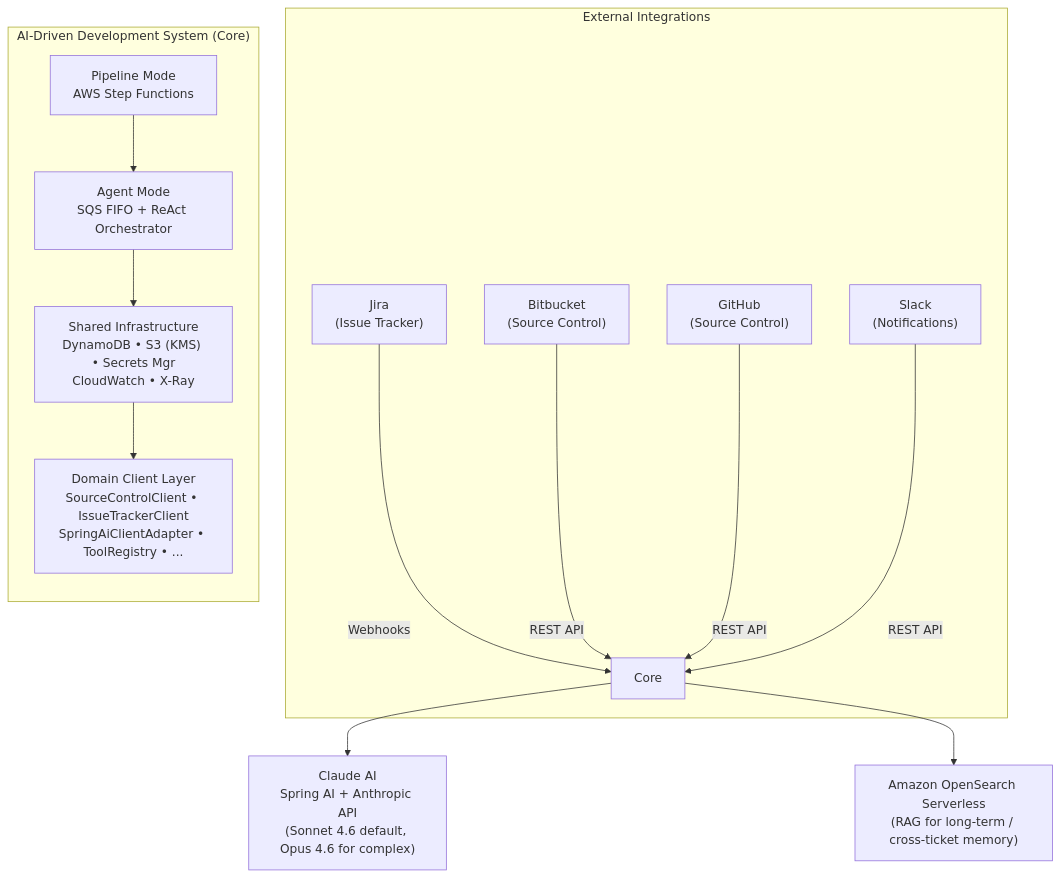
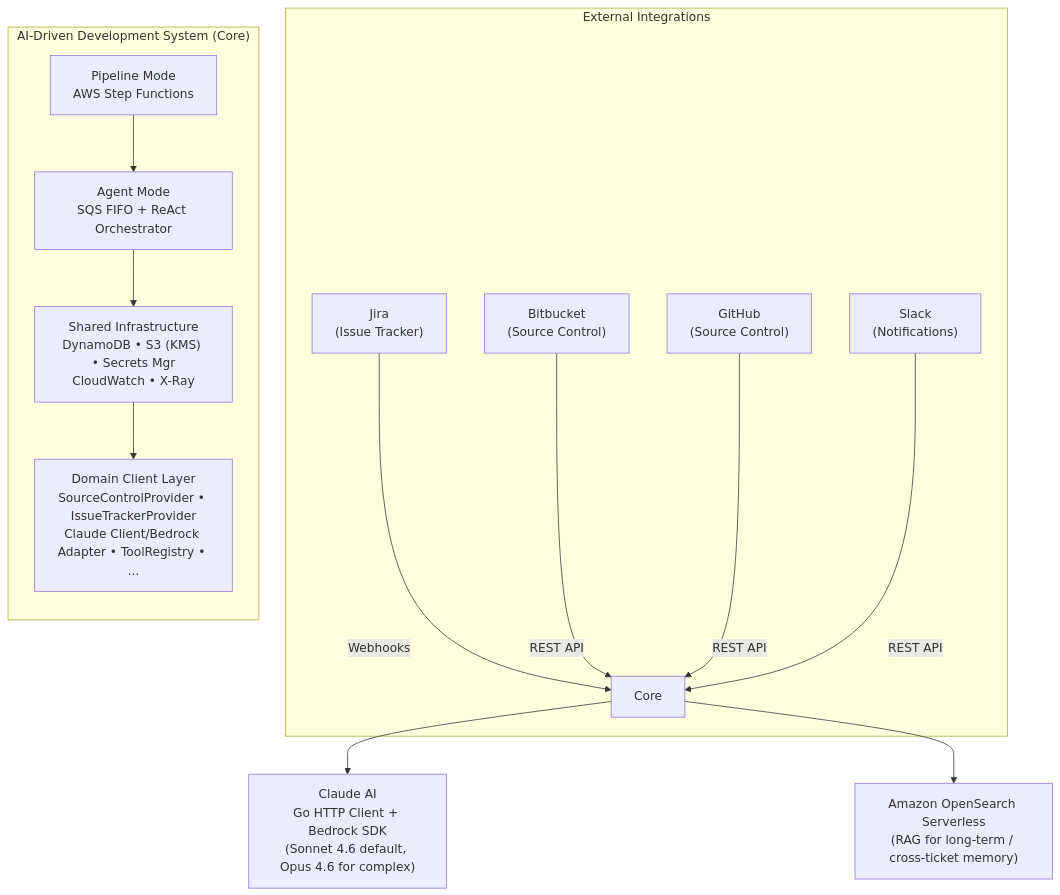
Before and after one commit to TeaSui/ai-driven: the first of 2 diagrams in docs/STRATEGY.md, drawn with Mermaid. The commit also changed other lines of this file and 444 other files, not shown here.

````diff
--- a/docs/STRATEGY.md
+++ b/docs/STRATEGY.md
@@ -13,24 +13,24 @@
 ```mermaid
 graph TD
     subgraph "External Integrations"
         A["Jira<br>(Issue Tracker)"] -->|Webhooks| Core
         B["Bitbucket<br>(Source Control)"] -->|REST API| Core
         C["GitHub<br>(Source Control)"] -->|REST API| Core
         D["Slack<br>(Notifications)"] -->|REST API| Core
     end
 
     subgraph "AI-Driven Development System (Core)"
         direction TB
         PM["Pipeline Mode<br>AWS Step Functions"]
         AM["Agent Mode<br>SQS FIFO + ReAct Orchestrator"]
         SI["Shared Infrastructure<br>DynamoDB • S3 (KMS) • Secrets Mgr<br>CloudWatch • X-Ray"]
-        DC["Domain Client Layer<br>SourceControlClient • IssueTrackerClient<br>SpringAiClientAdapter • ToolRegistry • ..."]
+        DC["Domain Client Layer<br>SourceControlProvider • IssueTrackerProvider<br>Claude Client/Bedrock Adapter • ToolRegistry • ..."]
         
         PM --> AM
         AM --> SI
         SI --> DC
     end
 
-    Core --> E["Claude AI<br>Spring AI + Anthropic API<br>(Sonnet 4.6 default, Opus 4.6 for complex)"]
+    Core --> E["Claude AI<br>Go HTTP Client + Bedrock SDK<br>(Sonnet 4.6 default, Opus 4.6 for complex)"]
     Core --> F["Amazon OpenSearch Serverless<br>(RAG for long-term / cross-ticket memory)"]
 ```
````
